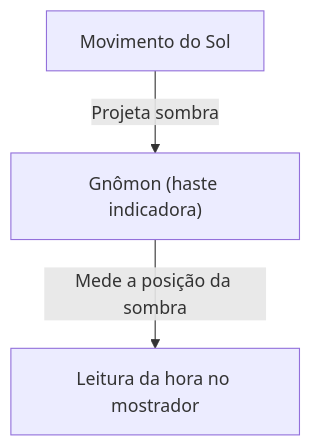
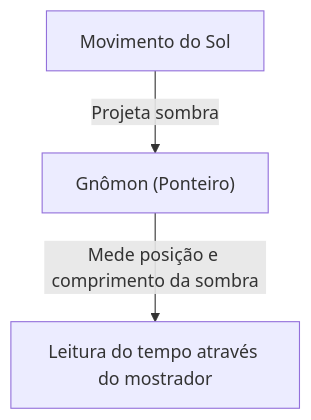
The first of 3 diagrams in content/post/history-of-timekeeping-technology/index.pt.md (kenjinote/blog), drawn with Mermaid before and after one commit. The commit also changed other lines of this file and 129 other files, not shown here.

````diff
--- a/content/post/history-of-timekeeping-technology/index.pt.md
+++ b/content/post/history-of-timekeeping-technology/index.pt.md
@@ -19,5 +22,5 @@
 ```mermaid
 graph TD
-    A["Movimento do Sol"] -- "Projeta sombra" --> B["Gnômon (haste indicadora)"]
-    B -- "Mede a posição da sombra" --> C["Leitura da hora no mostrador"]
+    A["Movimento do Sol"] -- "Projeta sombra" --> B["Gnômon (Ponteiro)"]
+    B -- "Mede posição e comprimento da sombra" --> C["Leitura do tempo através do mostrador"]
 ```
````
